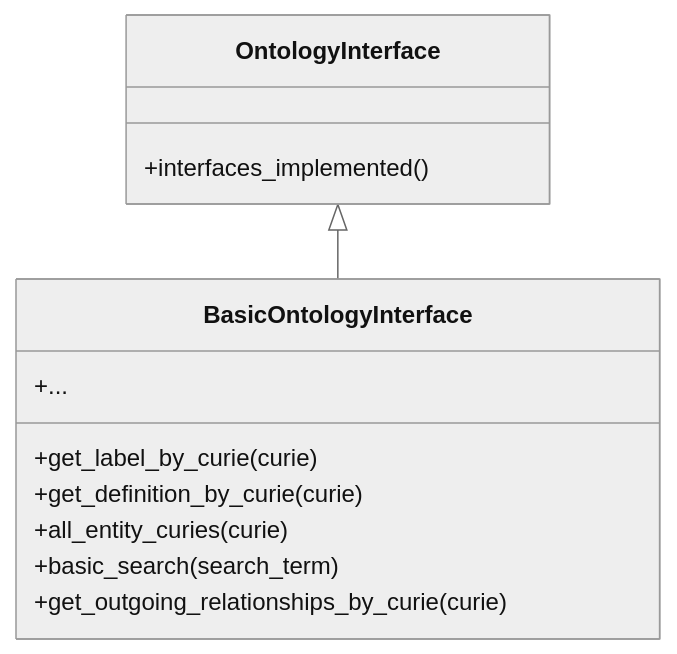
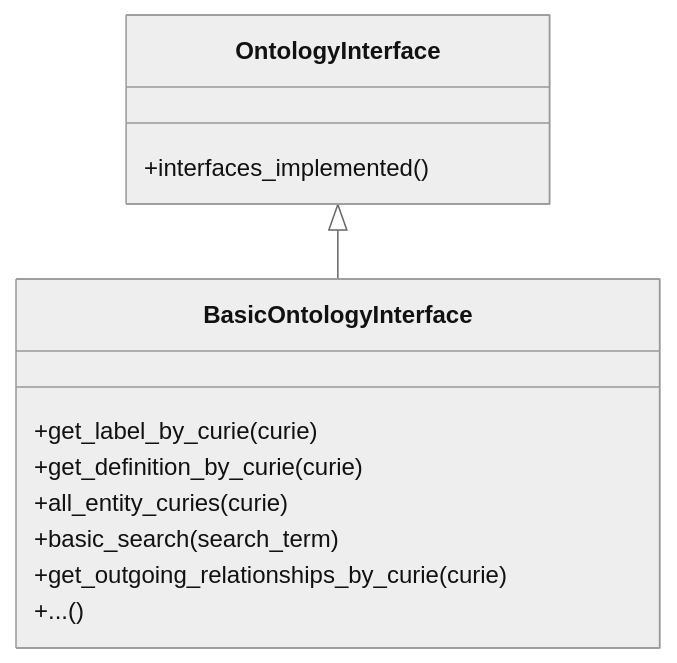
Before and after one commit to INCATools/ontology-access-kit: the first of 3 diagrams in docs/architecture.rst, drawn with Mermaid (neutral theme). The commit also changed other lines of this file and 188 other files, not shown here.

```diff
--- a/docs/architecture.rst
+++ b/docs/architecture.rst
@@ -15,15 +15,15 @@
 .. mermaid::
 
   classDiagram
       class OntologyInterface {
           +interfaces_implemented()
       }
       class BasicOntologyInterface {
           +get_label_by_curie(curie)
           +get_definition_by_curie(curie)
           +all_entity_curies(curie)
           +basic_search(search_term)
           +get_outgoing_relationships_by_curie(curie)
-          +...
+          +...()
       }
       OntologyInterface <|-- BasicOntologyInterface
```
